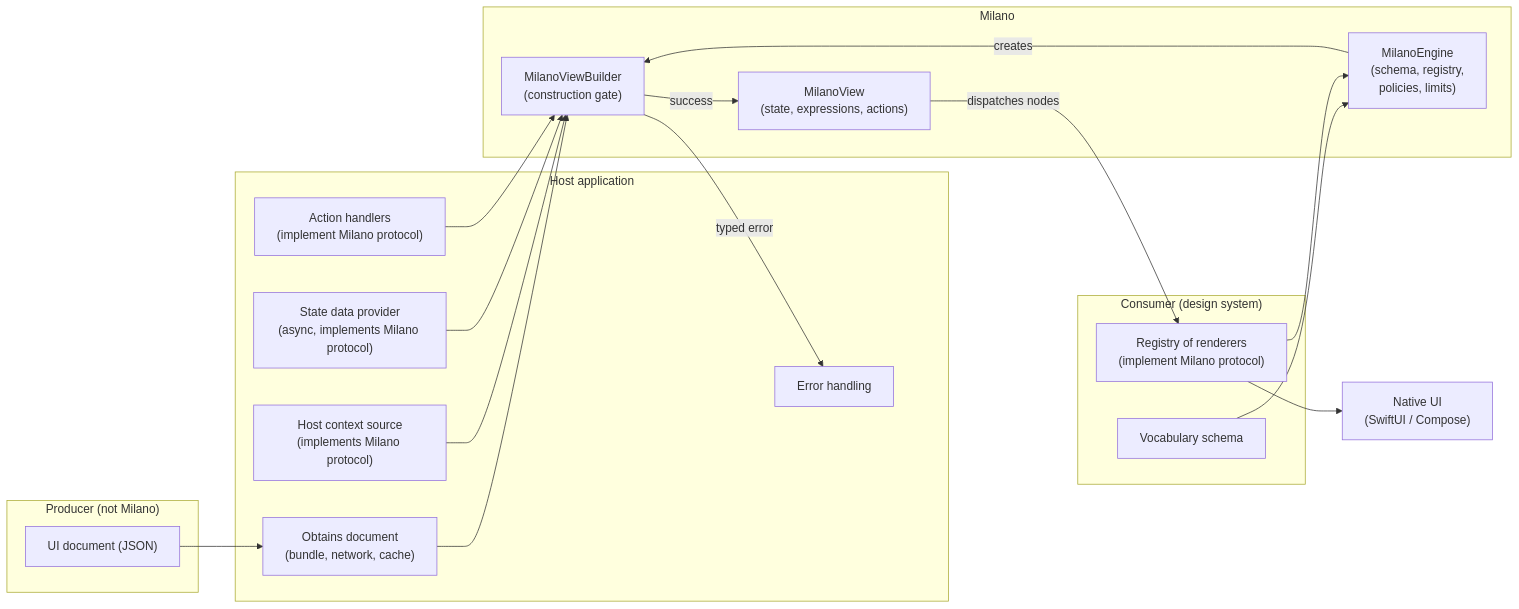
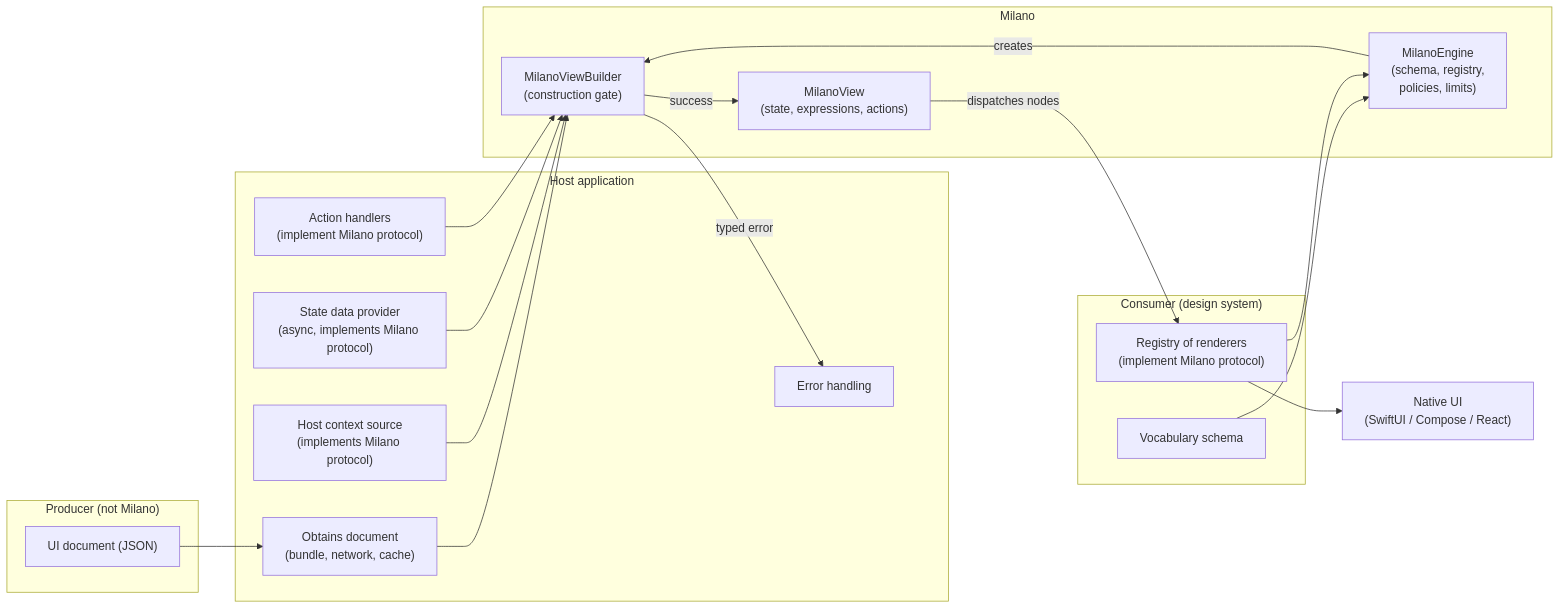
Before and after one commit to get-milano/specs: the first of 3 diagrams in 00-foundations.md, drawn with Mermaid. The commit also changed other lines of this file and 882 other files, not shown here.

````diff
--- a/00-foundations.md
+++ b/00-foundations.md
@@ -68,34 +75,34 @@
 ```mermaid
 flowchart LR
     subgraph P["Producer (not Milano)"]
         DOC["UI document (JSON)"]
     end
     subgraph H["Host application"]
         GET["Obtains document<br>(bundle, network, cache)"]
         CTX["Host context source<br>(implements Milano protocol)"]
         SDP["State data provider<br>(async, implements Milano protocol)"]
         AH["Action handlers<br>(implement Milano protocol)"]
         EH["Error handling"]
     end
     subgraph M["Milano"]
         ME["MilanoEngine<br>(schema, registry,<br>policies, limits)"]
         MB["MilanoViewBuilder<br>(construction gate)"]
         MV["MilanoView<br>(state, expressions, actions)"]
     end
     subgraph C["Consumer (design system)"]
         VS["Vocabulary schema"]
         RG["Registry of renderers<br>(implement Milano protocol)"]
     end
     DOC --> GET
     GET --> MB
     CTX --> MB
     SDP --> MB
     AH --> MB
     VS --> ME
     RG --> ME
     ME -- "creates" --> MB
     MB -- "typed error" --> EH
     MB -- "success" --> MV
     MV -- "dispatches nodes" --> RG
-    RG --> NUI["Native UI<br>(SwiftUI / Compose)"]
+    RG --> NUI["Native UI<br>(SwiftUI / Compose / React)"]
 ```
````
